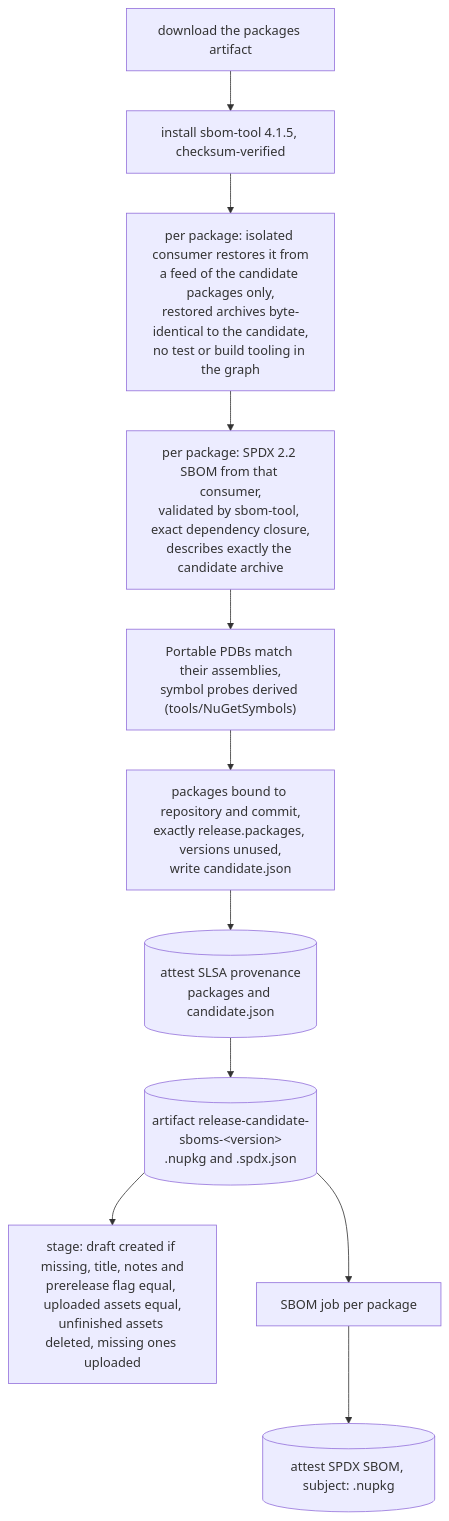
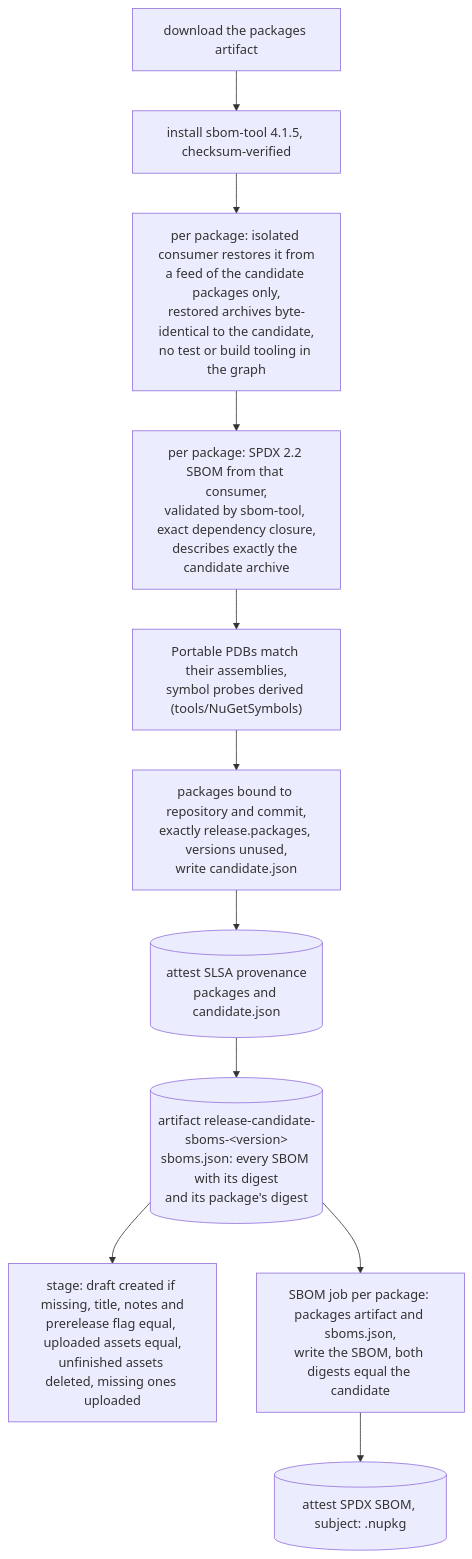
Diagram 12 of 19 in docs/overview.md (doka-labs/workflows), drawn with Mermaid before and after one commit. The commit also changed other lines of this file and 8 other files, not shown here.

````diff
--- a/docs/overview.md
+++ b/docs/overview.md
@@ -298,12 +300,12 @@
 ```mermaid
 flowchart TB
   c1["download the packages artifact"] --> c2["install sbom-tool 4.1.5, checksum-verified"]
   c2 --> c3["per package: isolated consumer restores it from<br/>a feed of the candidate packages only,<br/>restored archives byte-identical to the candidate,<br/>no test or build tooling in the graph"]
   c3 --> c4["per package: SPDX 2.2 SBOM from that consumer,<br/>validated by sbom-tool, exact dependency closure,<br/>describes exactly the candidate archive"]
   c4 --> c5["Portable PDBs match their assemblies,<br/>symbol probes derived (tools/NuGetSymbols)"]
   c5 --> c6["packages bound to repository and commit,<br/>exactly release.packages, versions unused,<br/>write candidate.json"]
   c6 --> c7[("attest SLSA provenance<br/>packages and candidate.json")]
-  c7 --> c8[("artifact release-candidate-sboms-&lt;version&gt;<br/>.nupkg and .spdx.json")]
+  c7 --> c8[("artifact release-candidate-sboms-&lt;version&gt;<br/>sboms.json: every SBOM with its digest<br/>and its package's digest")]
   c8 --> c9["stage: draft created if missing, title, notes and<br/>prerelease flag equal, uploaded assets equal,<br/>unfinished assets deleted, missing ones uploaded"]
-  c8 --> s1["SBOM job per package"] --> s2[("attest SPDX SBOM, subject: .nupkg")]
+  c8 --> s1["SBOM job per package: packages artifact and sboms.json,<br/>write the SBOM, both digests equal the candidate"] --> s2[("attest SPDX SBOM, subject: .nupkg")]
 ```
````
